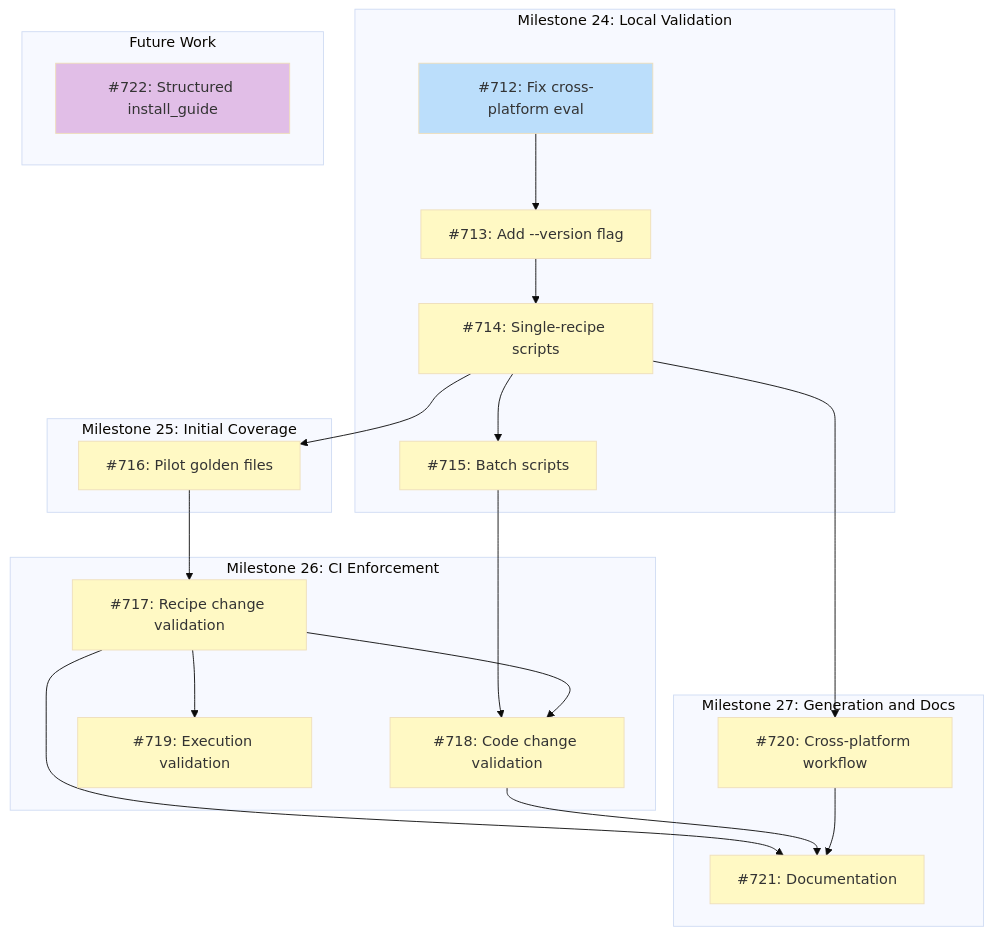
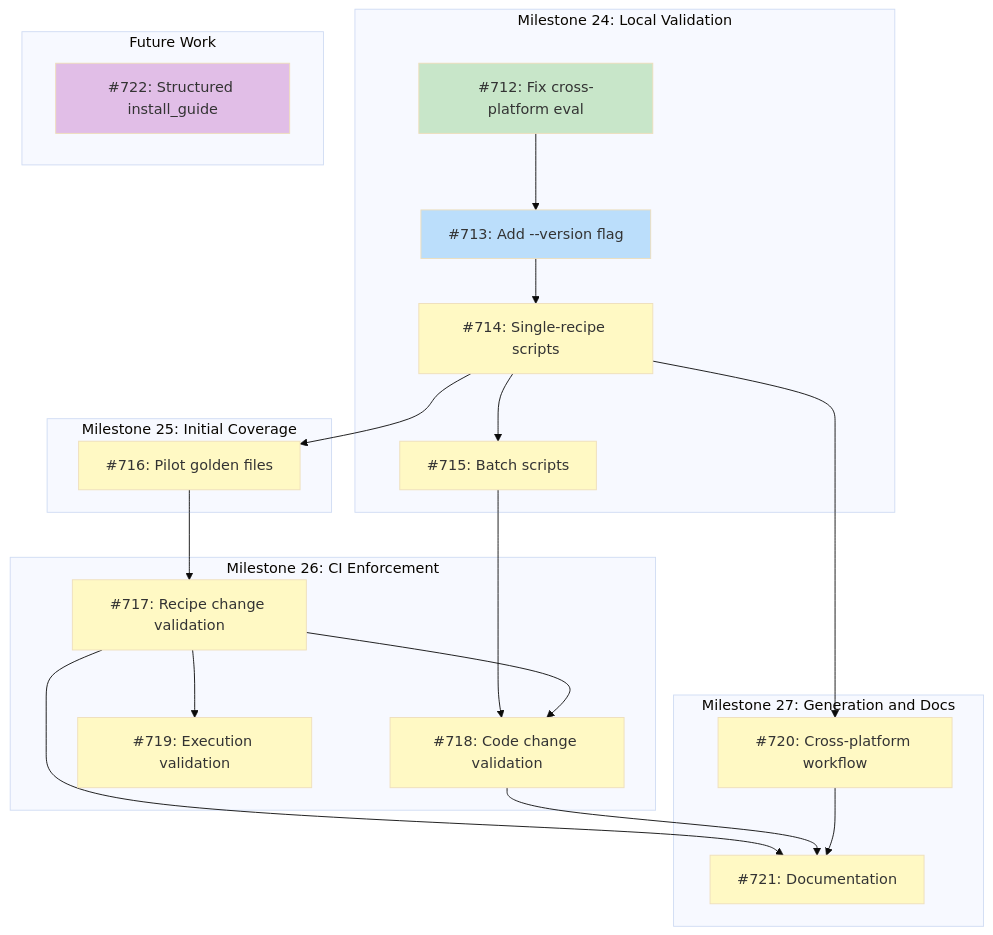
One commit to tsukumogami/tsuku changed the diagram in docs/DESIGN-golden-plan-testing.md. Above: the diagram before and after it, drawn with Mermaid (base theme). The commit also changed 1 other file, not shown here.

Commit message:
fix(eval): validate platform support against target platform (#723)
The eval command's --os and --arch flags allow generating installation plans
for non-native platforms. However, the platform support check incorrectly
validated against runtime.GOOS/GOARCH instead of the target platform,
causing valid cross-platform evaluations to fail.

Change the check to resolve target platform from flags (with runtime
fallback) and validate against that, with error messages reflecting the actual
target platform being evaluated.

````diff
--- a/docs/DESIGN-golden-plan-testing.md
+++ b/docs/DESIGN-golden-plan-testing.md
@@ -47,50 +47,51 @@
 ```mermaid
 graph TD
     subgraph M24["Milestone 24: Local Validation"]
         I712["#712: Fix cross-platform eval"]
         I713["#713: Add --version flag"]
         I714["#714: Single-recipe scripts"]
         I715["#715: Batch scripts"]
     end
 
     subgraph M25["Milestone 25: Initial Coverage"]
         I716["#716: Pilot golden files"]
     end
 
     subgraph M26["Milestone 26: CI Enforcement"]
         I717["#717: Recipe change validation"]
         I718["#718: Code change validation"]
         I719["#719: Execution validation"]
     end
 
     subgraph M27["Milestone 27: Generation and Docs"]
         I720["#720: Cross-platform workflow"]
         I721["#721: Documentation"]
     end
 
     subgraph Future["Future Work"]
         I722["#722: Structured install_guide"]
     end
 
     I712 --> I713
     I713 --> I714
     I714 --> I715
     I714 --> I716
     I714 --> I720
     I716 --> I717
     I715 --> I718
     I717 --> I718
     I717 --> I719
     I717 --> I721
     I718 --> I721
     I720 --> I721
 
     classDef done fill:#c8e6c9
     classDef ready fill:#bbdefb
     classDef blocked fill:#fff9c4
     classDef needsDesign fill:#e1bee7
 
-    class I712 ready
-    class I713,I714,I715,I716,I717,I718,I719,I720,I721 blocked
+    class I712 done
+    class I713 ready
+    class I714,I715,I716,I717,I718,I719,I720,I721 blocked
     class I722 needsDesign
 ```
````
